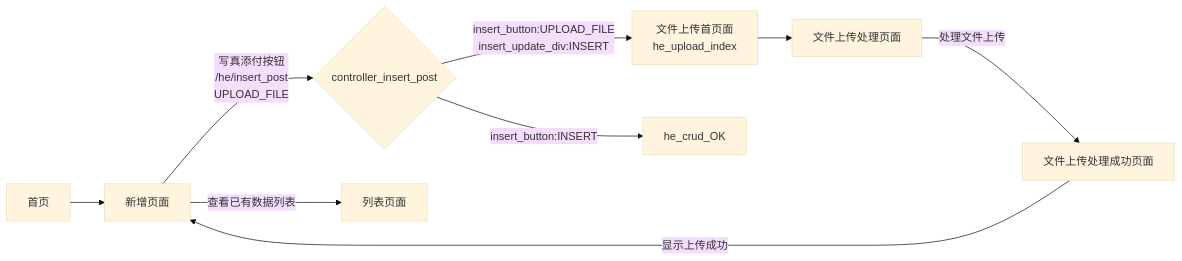
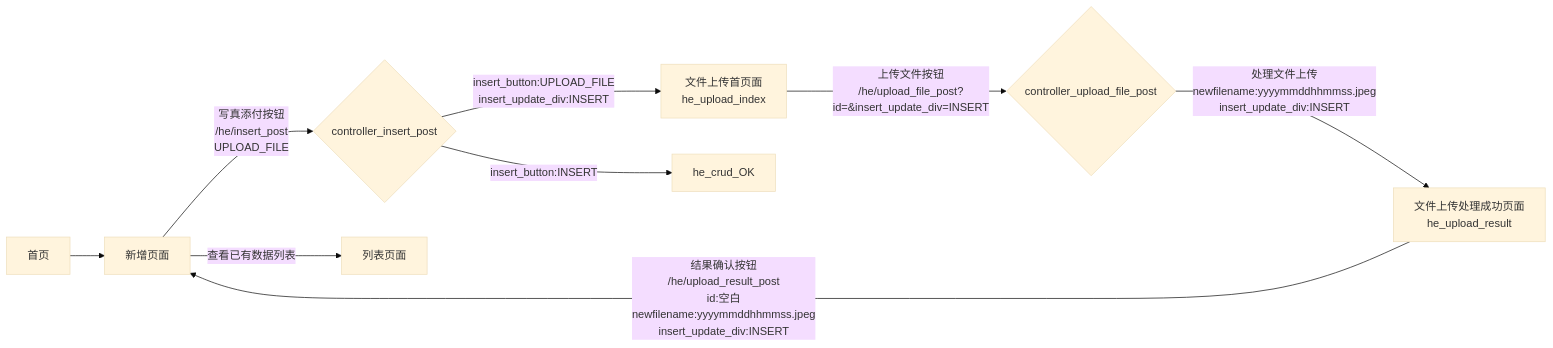
The diagram in doc/he/readme.md (plseal/zhangzu), drawn with Mermaid (base theme) before and after one commit.

````diff
--- a/doc/he/readme.md
+++ b/doc/he/readme.md
@@ -1,11 +1,11 @@
 ```mermaid
 graph LR
 A[首页] --> B[新增页面]
 B --> |写真添付按钮<br>/he/insert_post<br>UPLOAD_FILE|G{controller_insert_post}
 G-->|insert_button:UPLOAD_FILE<br>insert_update_div:INSERT| C[文件上传首页面<br>he_upload_index]
 G-->|insert_button:INSERT| H[he_crud_OK]
-C --> E[文件上传处理页面]
-E-->|处理文件上传| F[文件上传处理成功页面]
-F-->|显示上传成功| B
+C -->|上传文件按钮<br>/he/upload_file_post?id=&insert_update_div=INSERT| I{controller_upload_file_post}
+I-->|处理文件上传<br>newfilename:yyyymmddhhmmss.jpeg<br>insert_update_div:INSERT| F[文件上传处理成功页面<br>he_upload_result] 
+F-->|结果确认按钮<br>/he/upload_result_post<br>id:空白<br>newfilename:yyyymmddhhmmss.jpeg<br>insert_update_div:INSERT| B
 B -->|查看已有数据列表| D[列表页面]
 ```
````
